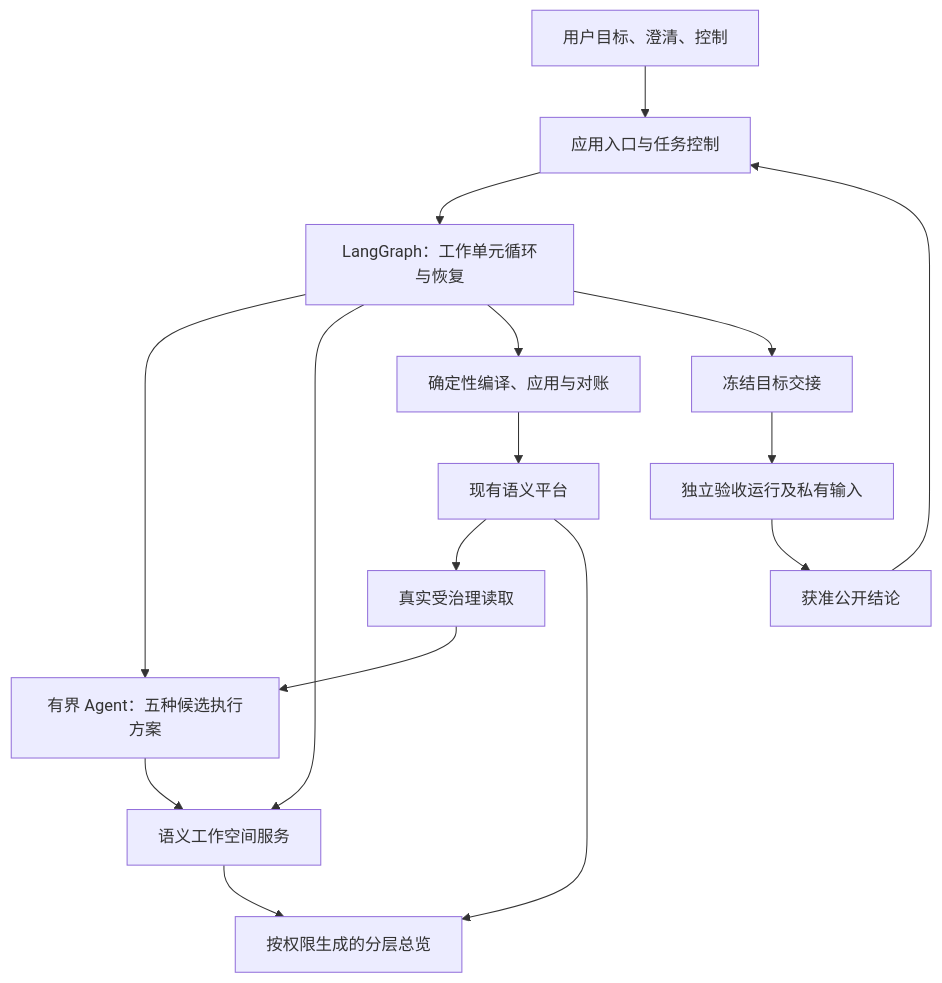
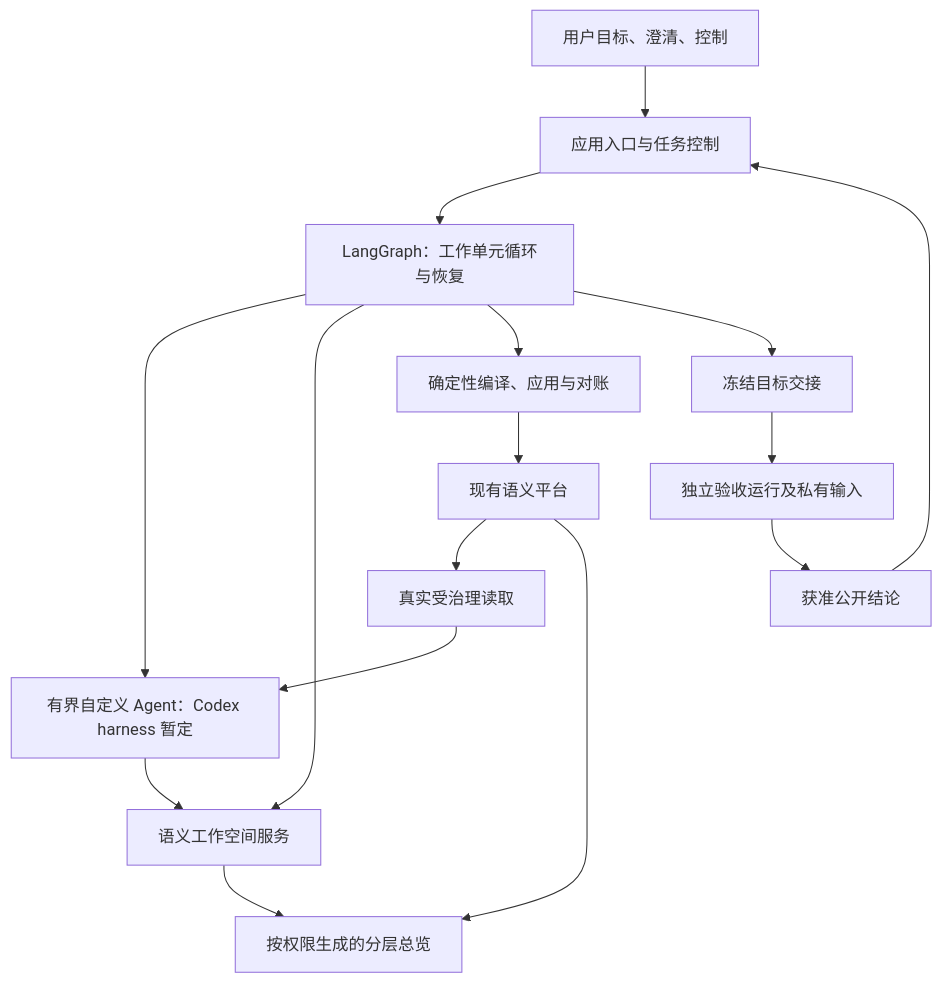
One commit to yemmmm/ontology-platform changed the diagram in docs/research/2026-10-27-v5-modeling-team-orchestration-options.md. Above: the diagram before and after it, drawn with Mermaid. The commit also changed other lines of this file and 6 other files, not shown here.

````diff
--- a/docs/research/2026-10-27-v5-modeling-team-orchestration-options.md
+++ b/docs/research/2026-10-27-v5-modeling-team-orchestration-options.md
@@ -84,18 +84,18 @@
 ```mermaid
 flowchart TB
     U[用户目标、澄清、控制] --> O[应用入口与任务控制]
     O --> G[LangGraph：工作单元循环与恢复]
-    G --> A[有界 Agent：五种候选执行方案]
+    G --> A[有界自定义 Agent：Codex harness 暂定]
     A --> W[语义工作空间服务]
     G --> W
     G --> X[确定性编译、应用与对账]
     X --> P[现有语义平台]
     P --> R[真实受治理读取]
     R --> A
     W --> V[按权限生成的分层总览]
     P --> V
     G --> H[冻结目标交接]
     H --> E[独立验收运行及私有输入]
     E --> F[获准公开结论]
     F --> O
 ```
````
